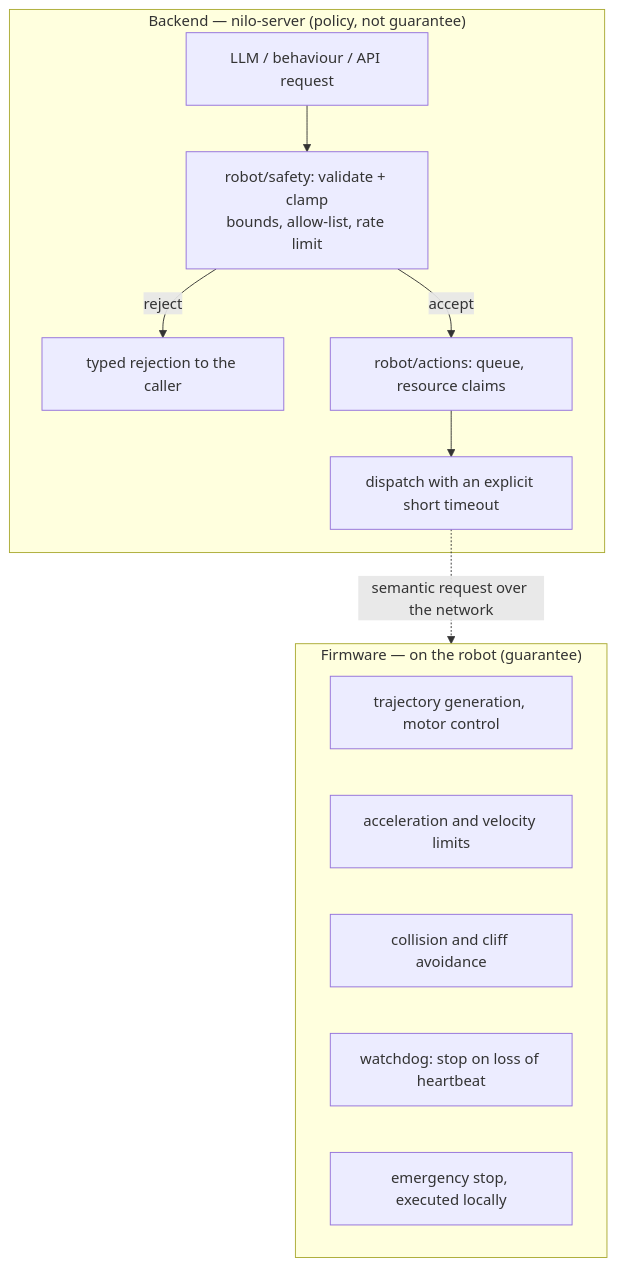
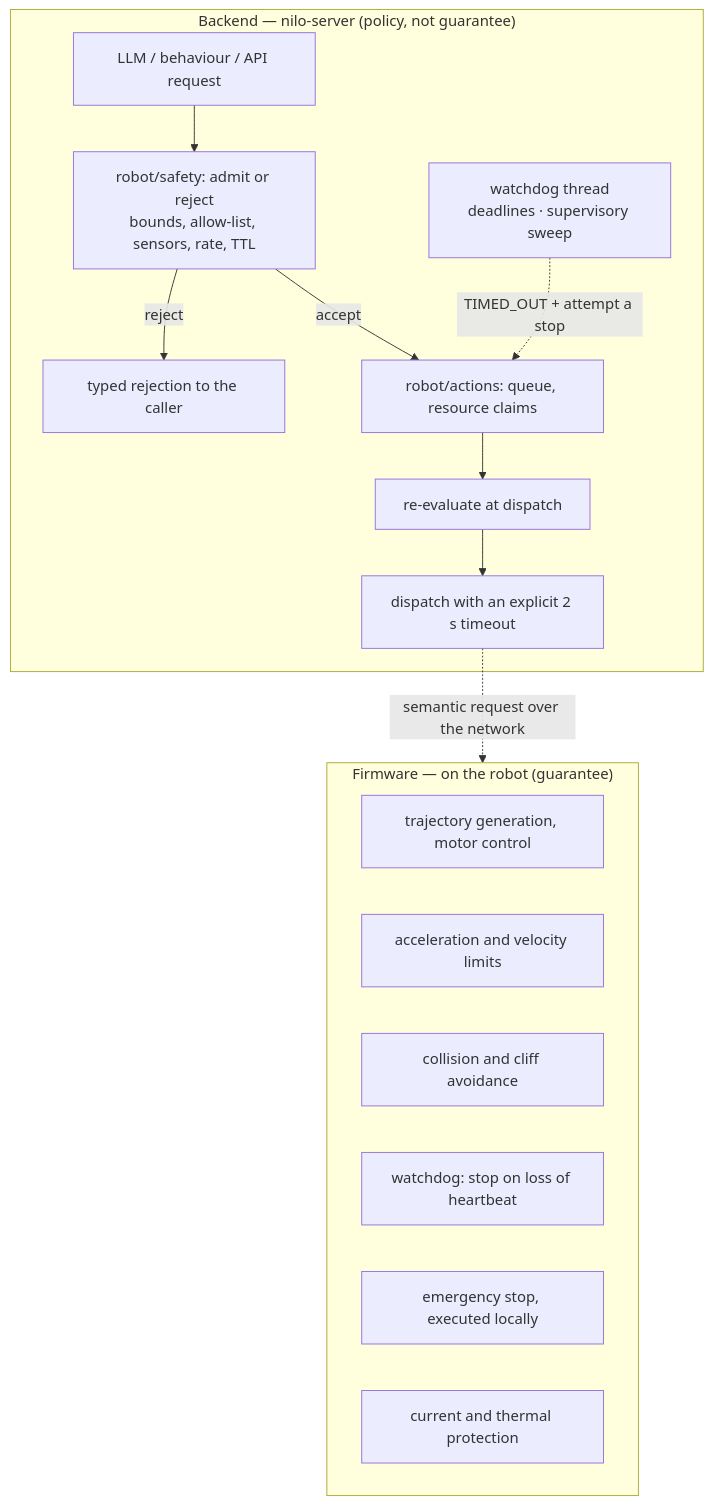
The third of 3 diagrams in docs/safety.md (AA-Box/Nilo), drawn with Mermaid before and after one commit. The commit also changed other lines of this file and 43 other files, not shown here.

First line of the commit message:
feat(robot): the action layer and the safety policy in front of it

````diff
--- a/docs/safety.md
+++ b/docs/safety.md
@@ -300,17 +306,20 @@
 ```mermaid
 flowchart TB
     subgraph BE["Backend — nilo-server (policy, not guarantee)"]
-        LLM["LLM / behaviour / API request"] --> V["robot/safety: validate + clamp<br/>bounds, allow-list, rate limit"]
+        LLM["LLM / behaviour / API request"] --> V["robot/safety: admit or reject<br/>bounds, allow-list, sensors, rate, TTL"]
         V -->|reject| R["typed rejection to the caller"]
         V -->|accept| Q["robot/actions: queue, resource claims"]
-        Q --> DISP["dispatch with an explicit short timeout"]
+        Q --> V2["re-evaluate at dispatch"]
+        V2 --> DISP["dispatch with an explicit 2 s timeout"]
+        WD["watchdog thread<br/>deadlines · supervisory sweep"] -.->|TIMED_OUT + attempt a stop| Q
     end
     DISP -.->|semantic request over the network| FW
     subgraph FW["Firmware — on the robot (guarantee)"]
         TR["trajectory generation, motor control"]
         LIM["acceleration and velocity limits"]
         SENS["collision and cliff avoidance"]
-        WD["watchdog: stop on loss of heartbeat"]
+        WD2["watchdog: stop on loss of heartbeat"]
         ES["emergency stop, executed locally"]
+        TH["current and thermal protection"]
     end
 ```
````
